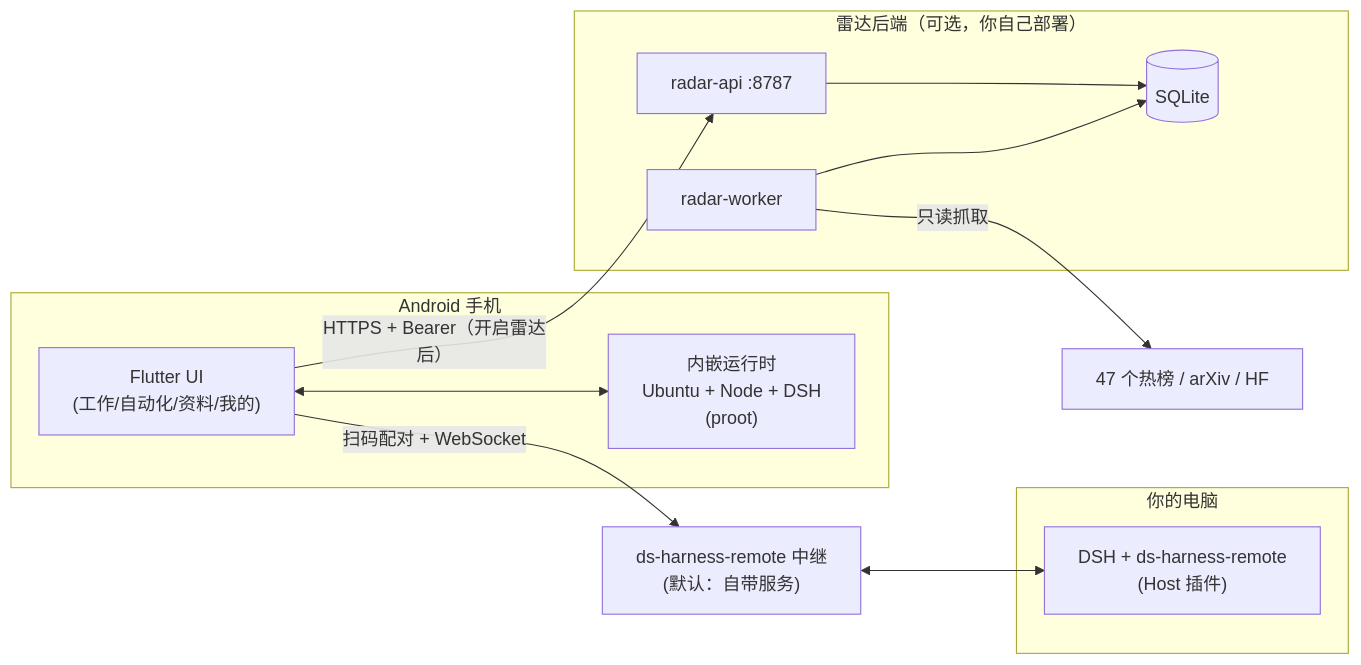
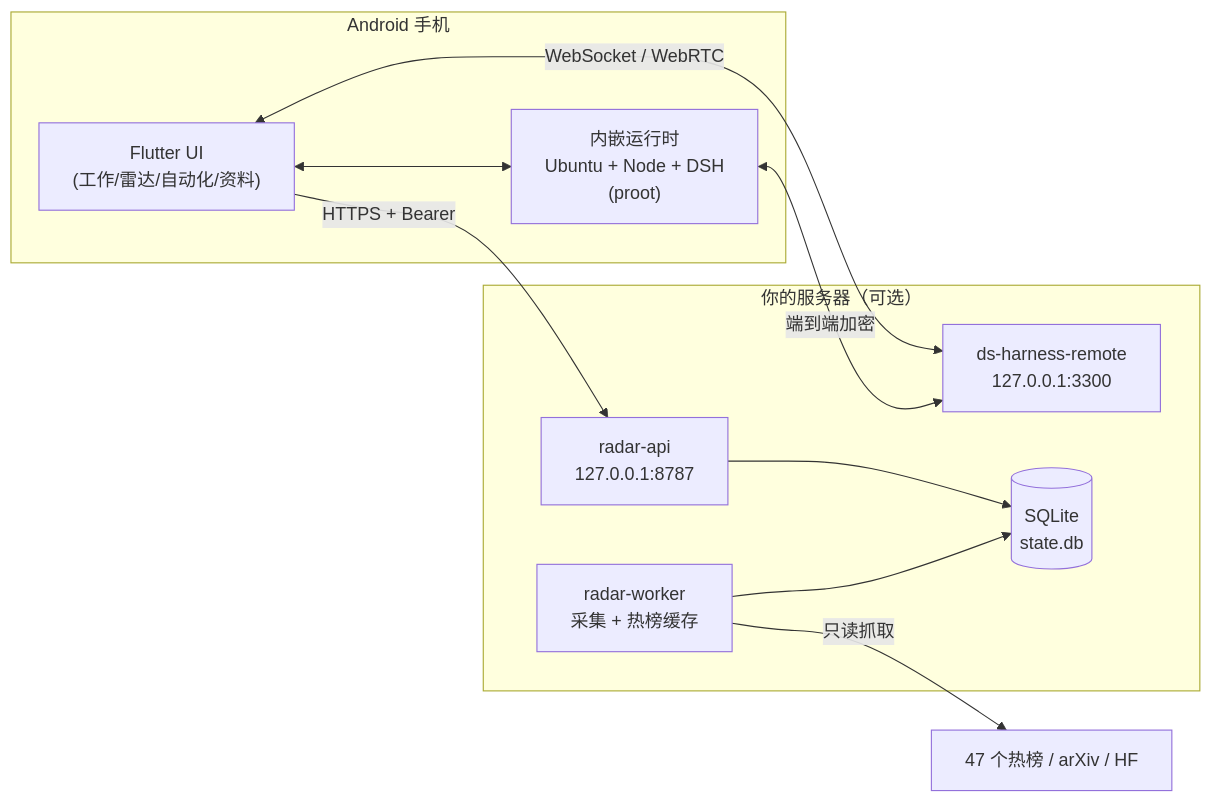
Before and after one commit to XXTZ-fia/dsh-buddy: the diagram in README.md, drawn with Mermaid. The commit also changed other lines of this file and 1237 other files, not shown here.

````diff
--- a/README.md
+++ b/README.md
@@ -41,27 +97,22 @@
 ```mermaid
 flowchart LR
   subgraph Phone["Android 手机"]
-    UI["Flutter UI<br/>(工作/自动化/资料/我的)"]
+    UI["Flutter UI<br/>(工作/雷达/自动化/资料)"]
     RT["内嵌运行时<br/>Ubuntu + Node + DSH<br/>(proot)"]
     UI <--> RT
   end
 
-  subgraph Desktop["你的电脑"]
-    DSH["DSH + ds-harness-remote<br/>(Host 插件)"]
-  end
-
-  RELAY["ds-harness-remote 中继<br/>(默认：自带服务)"]
-
-  subgraph Radar["雷达后端（可选，你自己部署）"]
-    API["radar-api :8787"]
-    WORKER["radar-worker"]
-    DB[("SQLite")]
+  subgraph Server["你的服务器（可选）"]
+    API["radar-api<br/>127.0.0.1:8787"]
+    WORKER["radar-worker<br/>采集 + 热榜缓存"]
+    RELAY["ds-harness-remote<br/>127.0.0.1:3300"]
+    DB[("SQLite<br/>state.db")]
     API --> DB
     WORKER --> DB
   end
 
-  UI -- "扫码配对 + WebSocket" --> RELAY
-  RELAY <--> DSH
-  UI -- "HTTPS + Bearer（开启雷达后）" --> API
+  UI -- "HTTPS + Bearer" --> API
   WORKER -- "只读抓取" --> SITES["47 个热榜 / arXiv / HF"]
+  UI <-- "WebSocket / WebRTC" --> RELAY
+  RT <-- "端到端加密" --> RELAY
 ```
````
